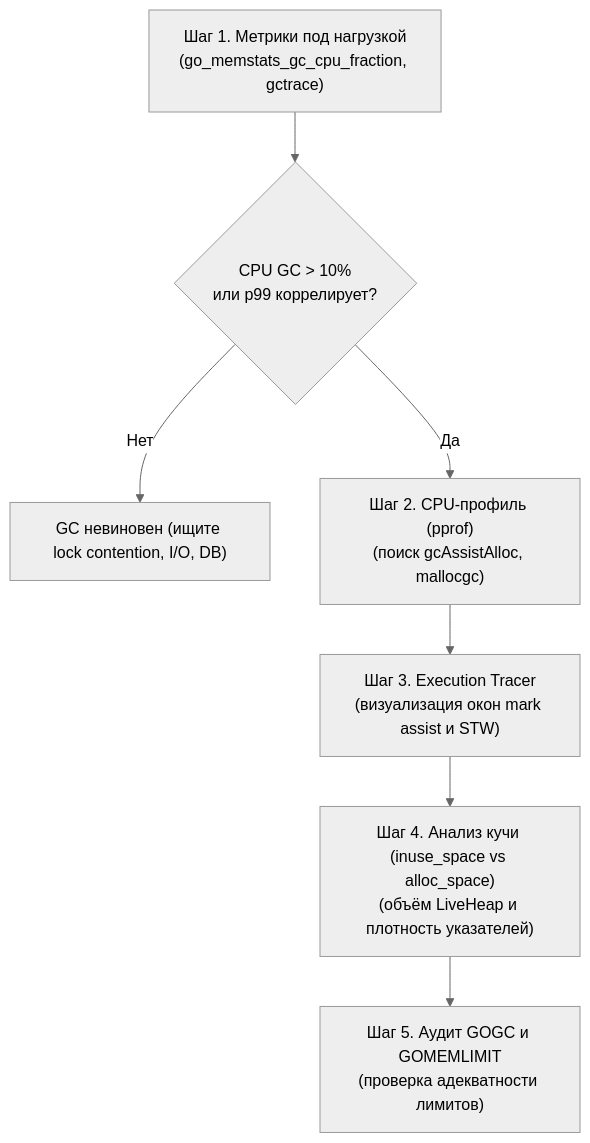
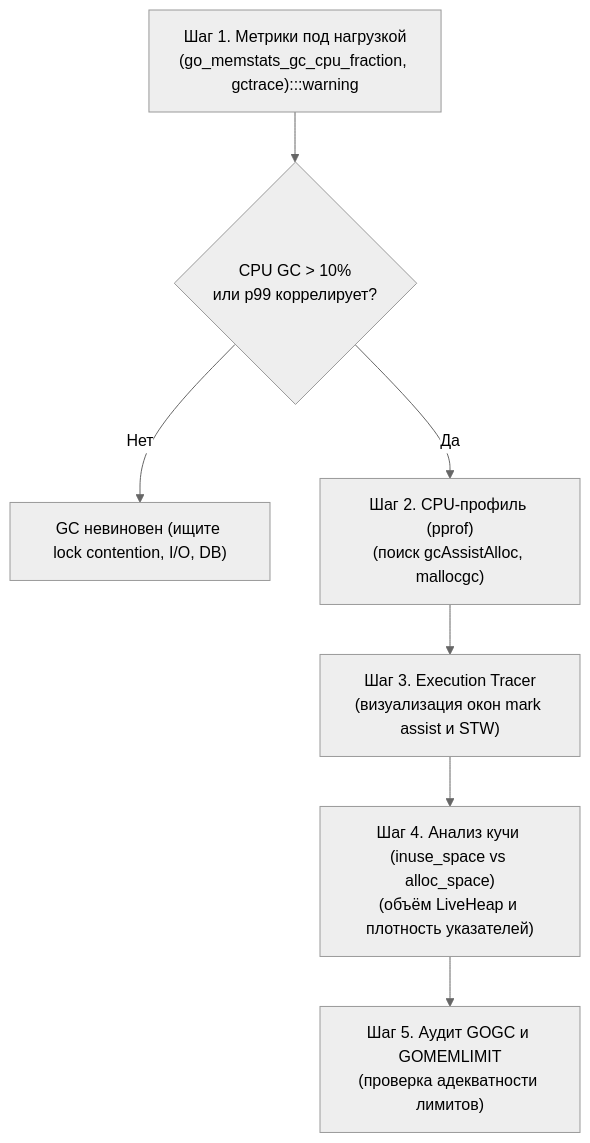
The second of 4 diagrams in sources/16. Профилирование, отладка и производительность/05. Garbage Collector/9. Когда GC становится bottleneck.md (UnrealTemplier/go-textbook), drawn with Mermaid (neutral theme) before and after one commit. The commit also changed other lines of this file and 1666 other files, not shown here.

First line of the commit message:
feat(mermaid): add semantic color classDef to 1369 colorless flowchart/graph diagrams

````diff
--- a/sources/16. Профилирование, отладка и производительность/05. Garbage Collector/9. Когда GC становится bottleneck.md
+++ b/sources/16. Профилирование, отладка и производительность/05. Garbage Collector/9. Когда GC становится bottleneck.md
@@ -101,9 +111,19 @@
 ```mermaid
 flowchart TD
-    S1["Шаг 1. Метрики под нагрузкой<br/>(go_memstats_gc_cpu_fraction, gctrace)"] --> S2{"CPU GC > 10%<br/>или p99 коррелирует?"}
+    classDef process  fill:#1e293b,stroke:#38bdf8,stroke-width:1px,color:#f8fafc
+    classDef success  fill:#064e3b,stroke:#34d399,stroke-width:1px,color:#f8fafc
+    classDef error    fill:#7f1d1d,stroke:#f87171,stroke-width:1px,color:#f8fafc
+    classDef warning  fill:#78350f,stroke:#fbbf24,stroke-width:1px,color:#f8fafc
+    classDef entry    fill:#1e3a5f,stroke:#38bdf8,stroke-width:2px,color:#f8fafc
+    classDef aux      fill:#334155,stroke:#64748b,stroke-width:1px,color:#f8fafc
+    classDef system   fill:#312e81,stroke:#a78bfa,stroke-width:1px,color:#f8fafc
+    classDef data     fill:#132d29,stroke:#2dd4bf,stroke-width:1px,color:#f8fafc
+    classDef network  fill:#881337,stroke:#fb7185,stroke-width:1px,color:#f8fafc
+    classDef accent   fill:#1e1b4b,stroke:#818cf8,stroke-width:1px,color:#f8fafc
+    S1["Шаг 1. Метрики под нагрузкой<br/>(go_memstats_gc_cpu_fraction, gctrace):::warning"] --> S2{"CPU GC > 10%<br/>или p99 коррелирует?"}
     S2 -- Нет --> OK["GC невиновен (ищите lock contention, I/O, DB)"]
     S2 -- Да --> S3["Шаг 2. CPU-профиль (pprof)<br/>(поиск gcAssistAlloc, mallocgc)"]
     S3 --> S4["Шаг 3. Execution Tracer<br/>(визуализация окон mark assist и STW)"]
     S4 --> S5["Шаг 4. Анализ кучи (inuse_space vs alloc_space)<br/>(объём LiveHeap и плотность указателей)"]
     S5 --> S6["Шаг 5. Аудит GOGC и GOMEMLIMIT<br/>(проверка адекватности лимитов)"]
 ```
````
